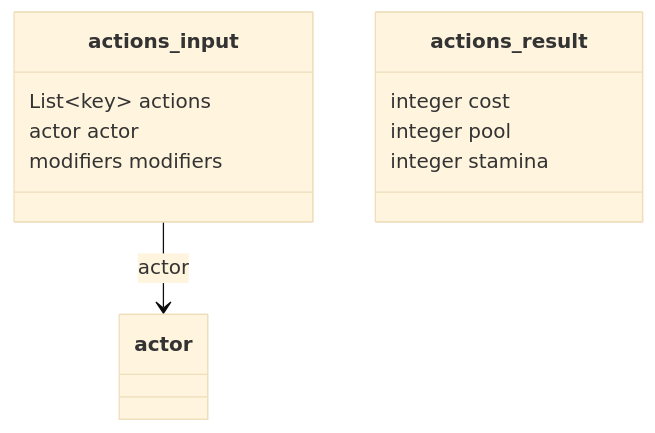
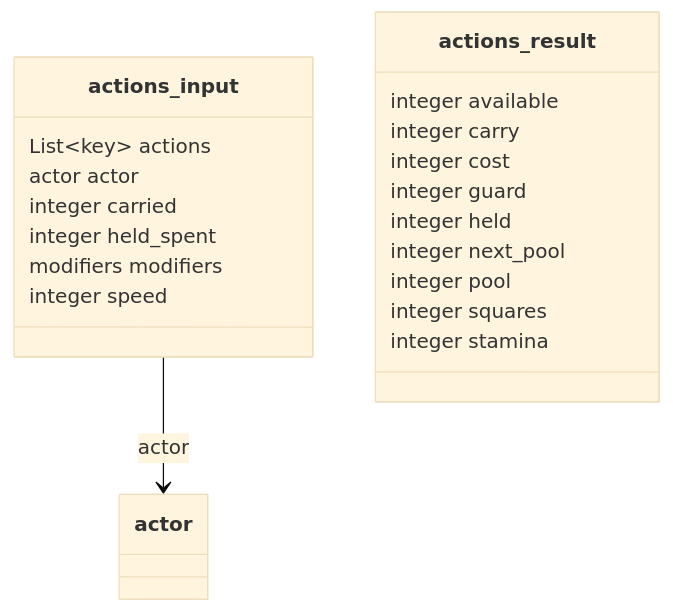
Before and after one commit to SETA1609/riftweave-core: the third of 29 diagrams in docs/backend/contract-diagram.md, drawn with Mermaid (base theme). The commit also changed other lines of this file and 96 other files, not shown here.

````diff
--- a/docs/backend/contract-diagram.md
+++ b/docs/backend/contract-diagram.md
@@ -149,15 +157,24 @@
 ```mermaid
 classDiagram
     class actions_input {
         List~key~ actions
         actor actor
+        integer carried
+        integer held_spent
         modifiers modifiers
+        integer speed
     }
     class actions_result {
+        integer available
+        integer carry
         integer cost
+        integer guard
+        integer held
+        integer next_pool
         integer pool
+        integer squares
         integer stamina
     }
     class actor
     actions_input --> actor : actor
 ```
````
